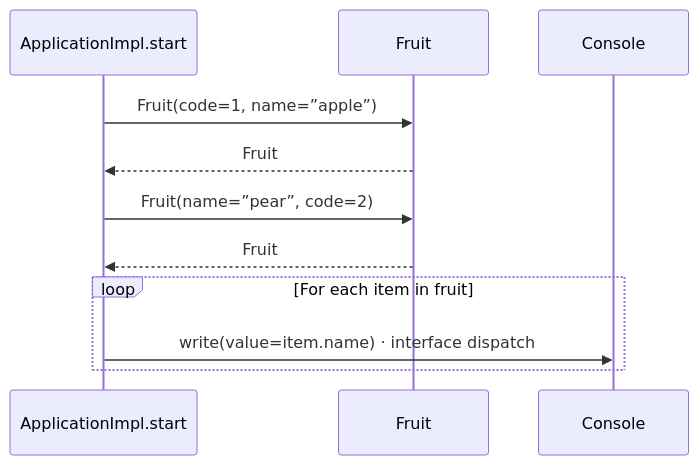
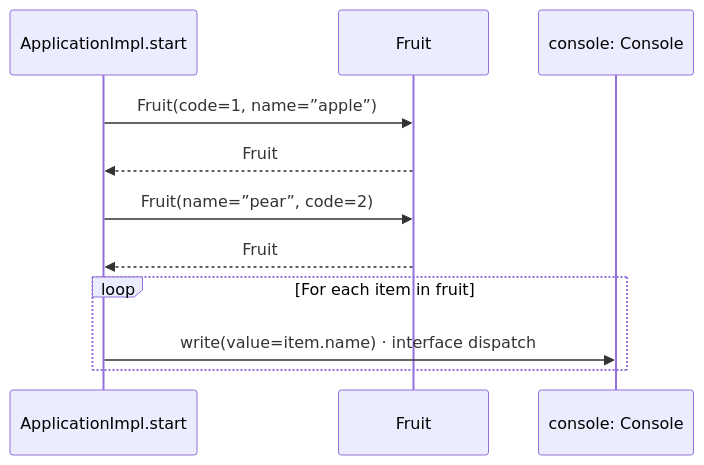
One commit to GreenPandaStudios/augscript changed the third of 3 diagrams in docs/examples/approved-design/domain/app-diagrams.md. Above: the diagram before and after it, drawn with Mermaid. The commit also changed 102 other files, not shown here.

Commit message:
Keep named service receivers distinct in sequence data flow

````diff
--- a/docs/examples/approved-design/domain/app-diagrams.md
+++ b/docs/examples/approved-design/domain/app-diagrams.md
@@ -68,13 +68,13 @@
 ```mermaid
 sequenceDiagram
     participant p0 as ApplicationImpl.start
     participant p1 as Fruit
-    participant p2 as Console
+    participant p2 as console: Console
     p0->>p1: Fruit(code=1, name=”apple”)
     p1-->>p0: Fruit
     p0->>p1: Fruit(name=”pear”, code=2)
     p1-->>p0: Fruit
     loop For each item in fruit
     p0->>p2: write(value=item.name) · interface dispatch
     end
 ```
````
